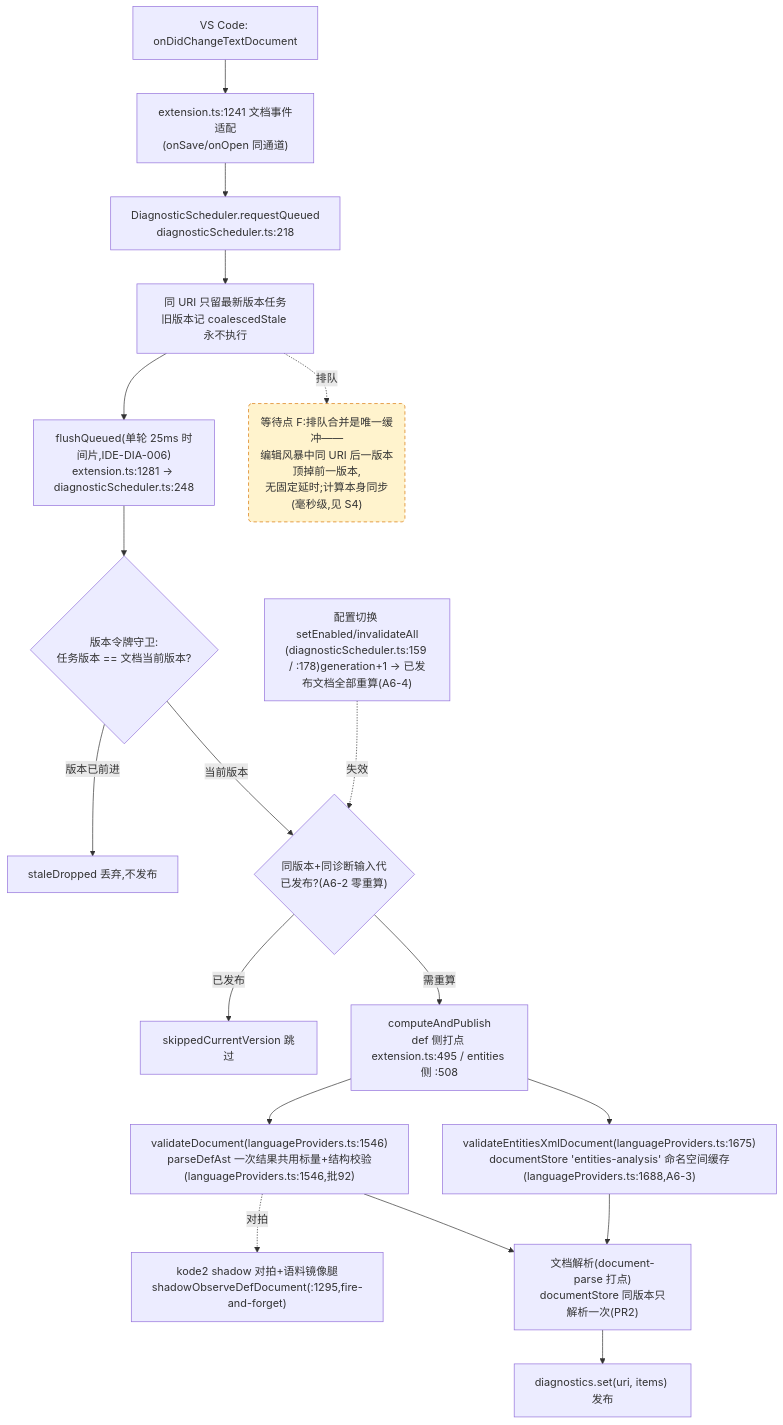
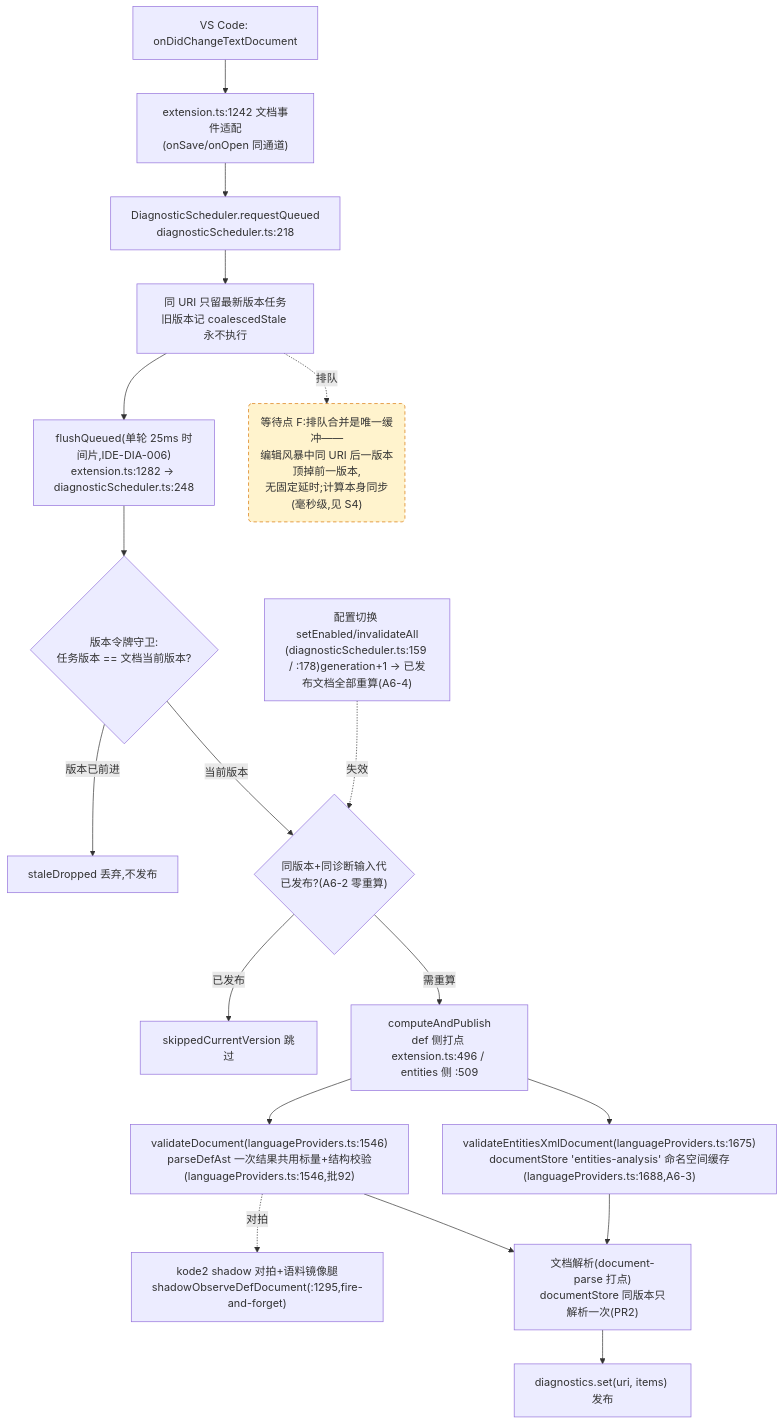
One commit to cuihairu/kode changed the fourth of 4 diagrams in docs/perf/2026-baseline.md. Above: the diagram before and after it, drawn with Mermaid. The commit also changed other lines of this file and 10 other files, not shown here.

Commit message:
perf: parse large def off host thread in schema build

````diff
--- a/docs/perf/2026-baseline.md
+++ b/docs/perf/2026-baseline.md
@@ -214,38 +214,38 @@
 ```mermaid
 flowchart TD
   CHG["VS Code: onDidChangeTextDocument"]
-  WATCH["extension.ts:1241 文档事件适配<br/>(onSave/onOpen 同通道)"]
+  WATCH["extension.ts:1242 文档事件适配<br/>(onSave/onOpen 同通道)"]
   RQ["DiagnosticScheduler.requestQueued<br/>diagnosticScheduler.ts:218"]
   CO["同 URI 只留最新版本任务<br/>旧版本记 coalescedStale 永不执行"]
-  FL["flushQueued(单轮 25ms 时间片,IDE-DIA-006)<br/>extension.ts:1281 → diagnosticScheduler.ts:248"]
+  FL["flushQueued(单轮 25ms 时间片,IDE-DIA-006)<br/>extension.ts:1282 → diagnosticScheduler.ts:248"]
   VG{"版本令牌守卫:<br/>任务版本 == 文档当前版本?"}
   DROP["staleDropped 丢弃,不发布"]
   GEN{"同版本+同诊断输入代<br/>已发布?(A6-2 零重算)"}
   SKIP["skippedCurrentVersion 跳过"]
-  CALC["computeAndPublish<br/>def 侧打点 extension.ts:495 / entities 侧 :508"]
+  CALC["computeAndPublish<br/>def 侧打点 extension.ts:496 / entities 侧 :509"]
   VD["validateDocument(languageProviders.ts:1546)<br/>parseDefAst 一次结果共用标量+结构校验(languageProviders.ts:1546,批92)"]
   VEX["validateEntitiesXmlDocument(languageProviders.ts:1675)<br/>documentStore 'entities-analysis' 命名空间缓存(languageProviders.ts:1688,A6-3)"]
   SHDD["kode2 shadow 对拍+语料镜像腿<br/>shadowObserveDefDocument(:1295,fire-and-forget)"]
   DS["文档解析(document-parse 打点)<br/>documentStore 同版本只解析一次(PR2)"]
   PUB["diagnostics.set(uri, items) 发布"]
   CFG2["配置切换 setEnabled/invalidateAll<br/>(diagnosticScheduler.ts:159 / :178)generation+1 → 已发布文档全部重算(A6-4)"]
 
   CHG --> WATCH --> RQ --> CO --> FL --> VG
   VG -- "版本已前进" --> DROP
   VG -- "当前版本" --> GEN
   GEN -- "已发布" --> SKIP
   GEN -- "需重算" --> CALC
   CALC --> VD
   CALC --> VEX
   VD --> DS
   VEX --> DS
   DS --> PUB
   VD -.->|对拍| SHDD
   CFG2 -.->|失效| GEN
 
   WAITF("等待点 F:排队合并是唯一缓冲——<br/>编辑风暴中同 URI 后一版本顶掉前一版本,<br/>无固定延时;计算本身同步(毫秒级,见 S4)")
   CO -.->|排队| WAITF
 
   classDef waitPoint fill:#fff3cd,stroke:#d97706,stroke-dasharray:5 4;
   class WAITF waitPoint;
 ```
````
